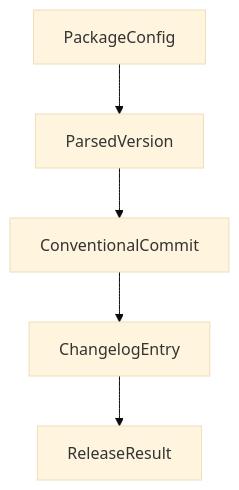
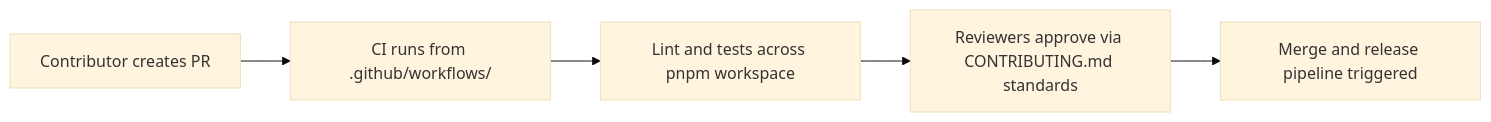
One commit to johnxie/awesome-code-docs changed the diagram in tutorials/stagewise-tutorial/08-contribution-workflow-and-ecosystem-evolution.md. Above: the diagram before and after it, drawn with Mermaid (base theme). The commit also changed other lines of this file and 1232 other files, not shown here.

````diff
--- a/tutorials/stagewise-tutorial/08-contribution-workflow-and-ecosystem-evolution.md
+++ b/tutorials/stagewise-tutorial/08-contribution-workflow-and-ecosystem-evolution.md
@@ -224,12 +67,7 @@
 ```mermaid
-flowchart TD
-    A[PackageConfig]
-    B[ParsedVersion]
-    C[ConventionalCommit]
-    D[ChangelogEntry]
-    E[ReleaseResult]
-    A --> B
-    B --> C
-    C --> D
-    D --> E
+flowchart LR
+    A[Contributor creates PR] --> B[CI runs from .github/workflows/]
+    B --> C[Lint and tests across pnpm workspace]
+    C --> D[Reviewers approve via CONTRIBUTING.md standards]
+    D --> E[Merge and release pipeline triggered]
 ```
````
